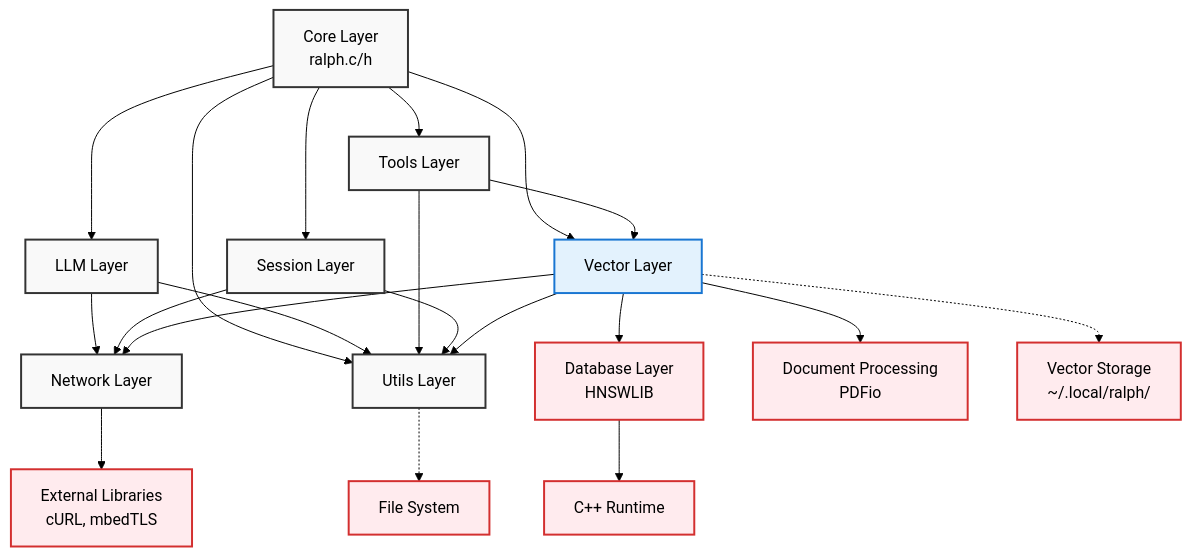
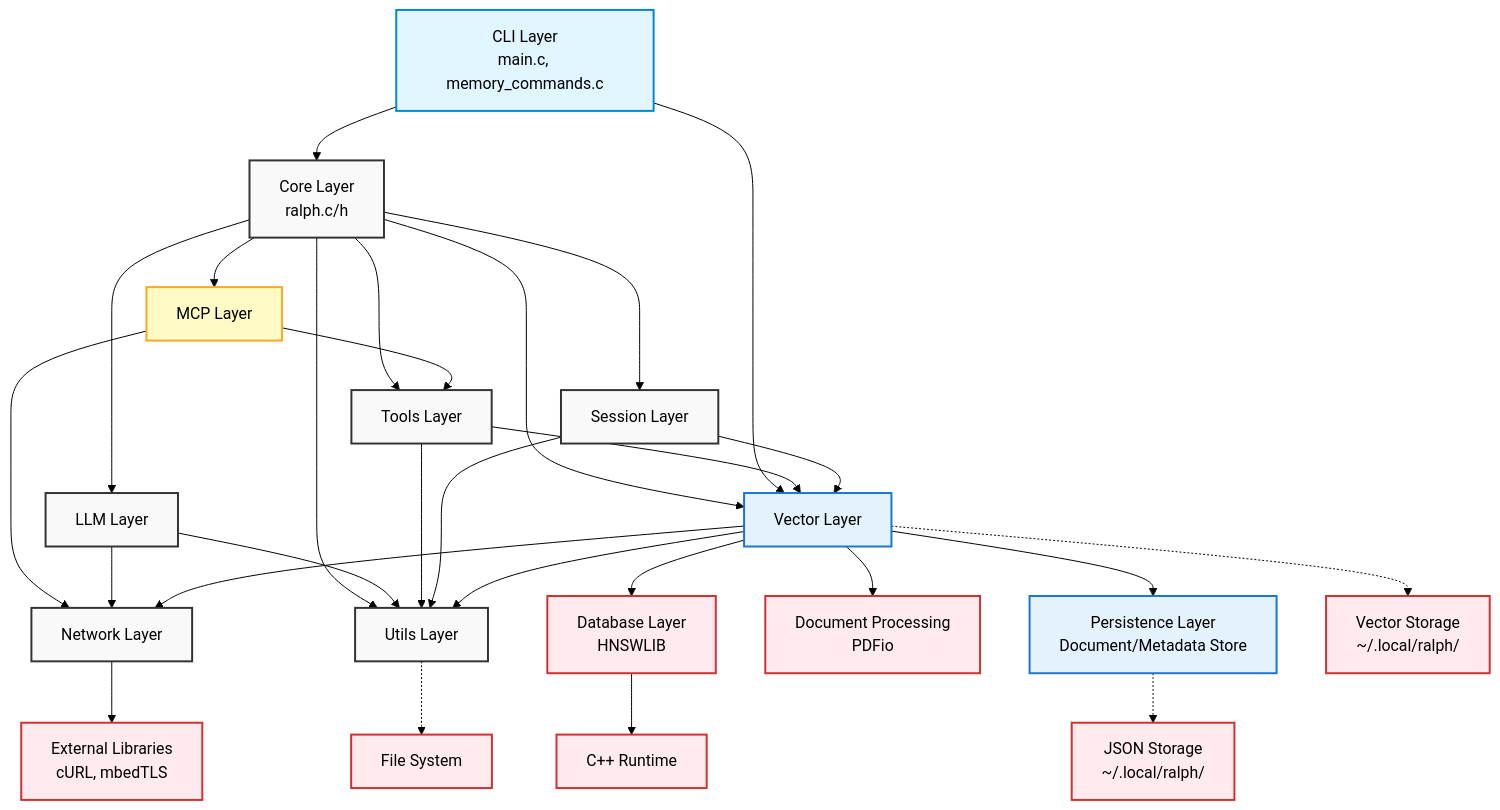
One commit to tgittos/scaffold changed the sixth of 12 diagrams in ARCHITECTURE.md. Above: the diagram before and after it, drawn with Mermaid (forest theme). The commit also changed other lines of this file and 5 other files, not shown here.

````diff
--- a/ARCHITECTURE.md
+++ b/ARCHITECTURE.md
@@ -225,36 +264,49 @@
 ```mermaid
 graph TB
     Core[Core Layer<br/>ralph.c/h] --> LLM[LLM Layer]
     Core --> Tools[Tools Layer]
     Core --> Session[Session Layer]
     Core --> Utils[Utils Layer]
     Core --> Vector[Vector Layer]
-    
-    LLM --> Network[Network Layer]
+    Core --> MCP[MCP Layer]
+
+    CLI[CLI Layer<br/>main.c, memory_commands.c] --> Core
+    CLI --> Vector
+
+    MCP --> Network[Network Layer]
+    MCP --> Tools
+
+    LLM --> Network
     LLM --> Utils
-    
+
     Tools --> Utils
     Tools --> Vector
-    
+
     Session --> Utils
-    Session --> Network
-    
+    Session --> Vector
+
     Vector --> Network
     Vector --> Utils
     Vector --> Database[Database Layer<br/>HNSWLIB]
     Vector --> Document[Document Processing<br/>PDFio]
-    
+    Vector --> Persistence[Persistence Layer<br/>Document/Metadata Store]
+
     Network --> External[External Libraries<br/>cURL, mbedTLS]
     Database --> CPPRuntime[C++ Runtime]
-    
+
     Utils -.-> FileSystem[File System]
+    Persistence -.-> JSONStorage[JSON Storage<br/>~/.local/ralph/]
     Vector -.-> VectorStorage[Vector Storage<br/>~/.local/ralph/]
-    
+
     classDef layer fill:#f9f9f9,stroke:#333,stroke-width:2px
     classDef vectorLayer fill:#e3f2fd,stroke:#1976d2,stroke-width:2px
     classDef external fill:#ffebee,stroke:#d32f2f,stroke-width:2px
-    
+    classDef mcpLayer fill:#fff9c4,stroke:#f9a825,stroke-width:2px
+    classDef cliLayer fill:#e1f5fe,stroke:#0288d1,stroke-width:2px
+
     class Core,LLM,Tools,Session,Utils,Network layer
-    class Vector vectorLayer
-    class External,FileSystem,Database,Document,CPPRuntime,VectorStorage external
+    class Vector,Persistence vectorLayer
+    class External,FileSystem,Database,Document,CPPRuntime,VectorStorage,JSONStorage external
+    class MCP mcpLayer
+    class CLI cliLayer
 ```
````
